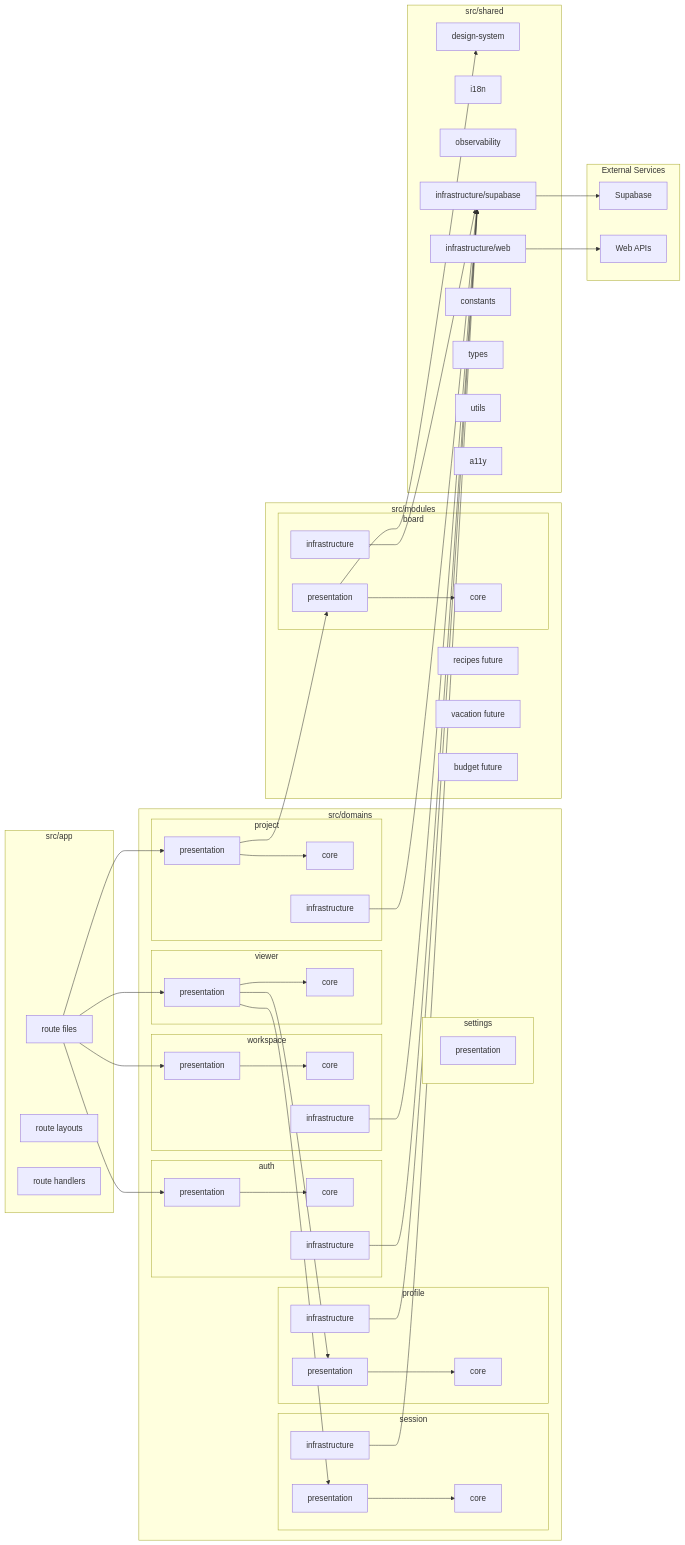
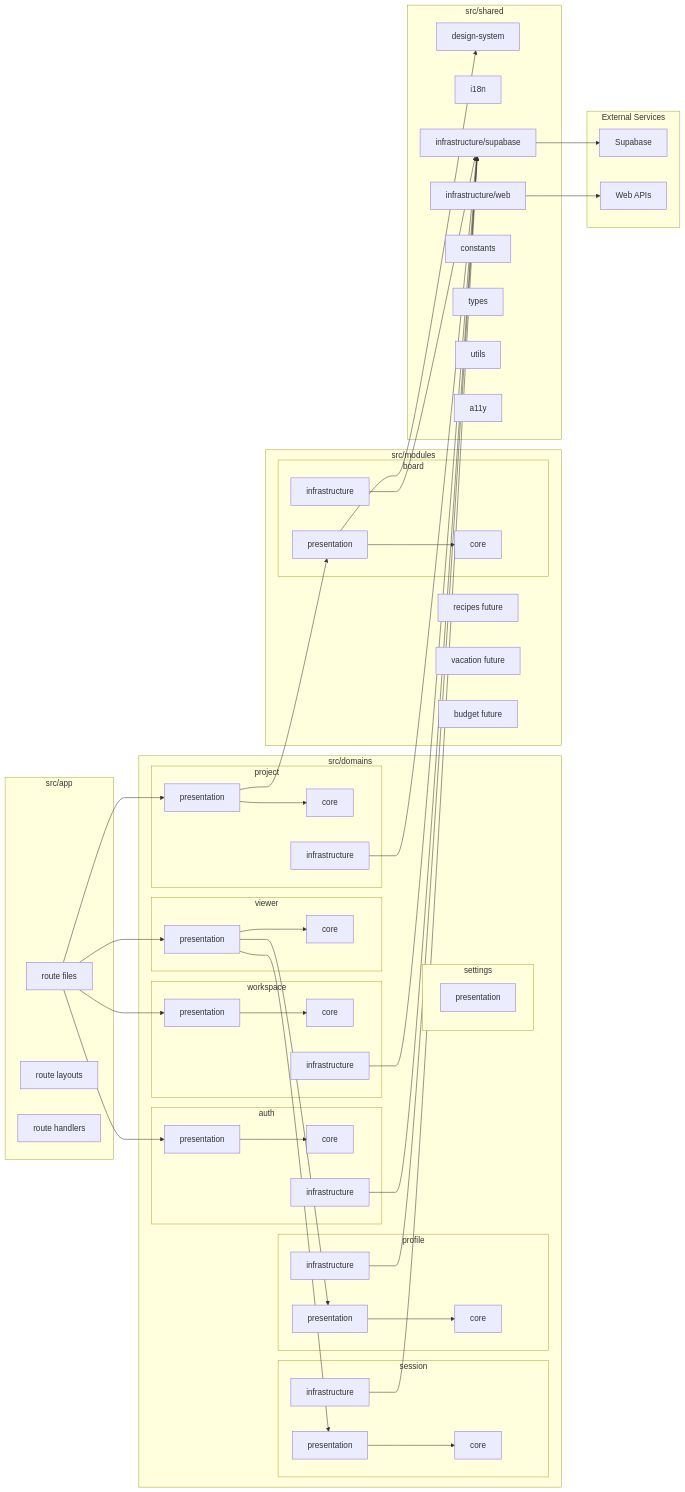
Before and after one commit to mc6ril/workbench: the fourth of 5 diagrams in .cursor/docs/flowchart.md, drawn with Mermaid. The commit also changed 22 other files, not shown here.

```diff
--- a/.cursor/docs/flowchart.md
+++ b/.cursor/docs/flowchart.md
@@ -138,7 +138,6 @@
    subgraph SHARED[src/shared]
       SHARED_1[design-system]
       SHARED_2[i18n]
-      SHARED_3[observability]
       SHARED_4[infrastructure/supabase]
       SHARED_5[infrastructure/web]
       SHARED_6[constants]
```
